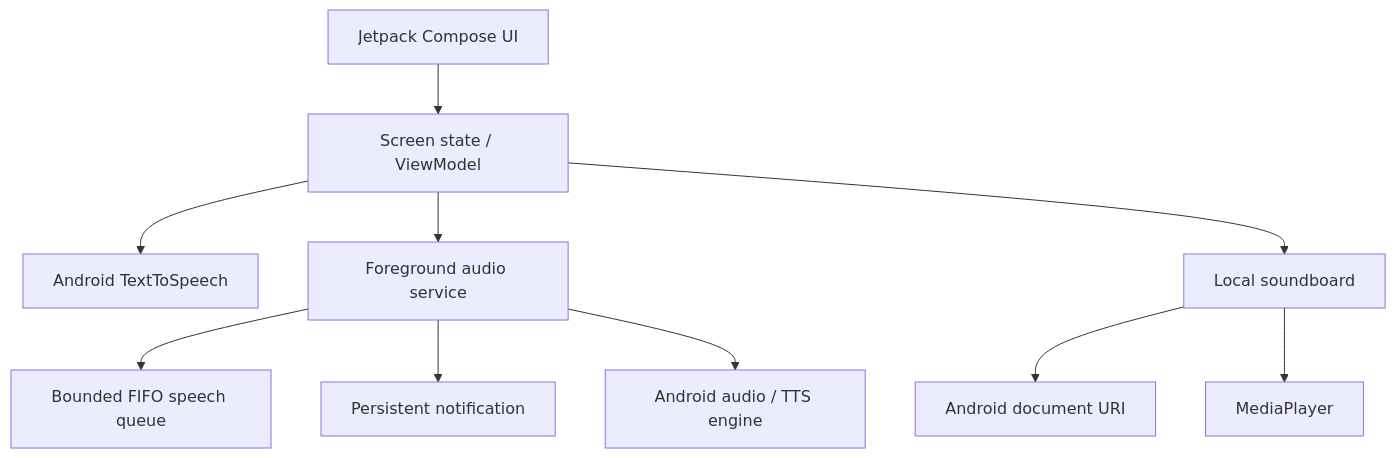
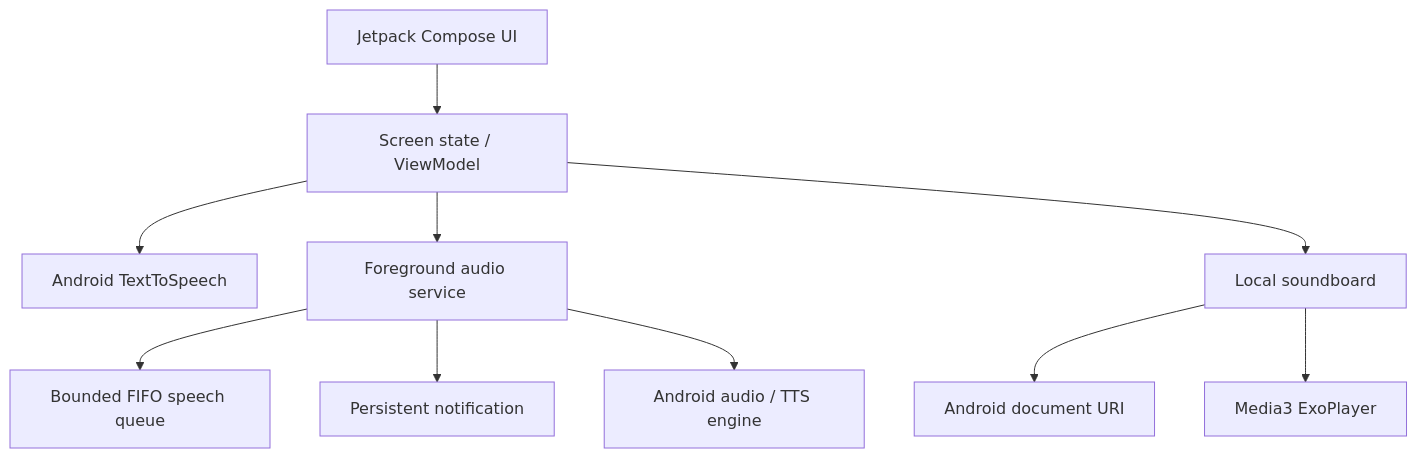
Before and after one commit to adebojel/LiveCreatorStudio: the diagram in README.md, drawn with Mermaid. The commit also changed other lines of this file and 5 other files, not shown here.

````diff
--- a/README.md
+++ b/README.md
@@ -37,12 +37,12 @@
 ```mermaid
 flowchart TD
   UI["Jetpack Compose UI"] --> VM["Screen state / ViewModel"]
   VM --> TTS["Android TextToSpeech"]
   VM --> SVC["Foreground audio service"]
   VM --> SB["Local soundboard"]
   SVC --> Q["Bounded FIFO speech queue"]
   SVC --> NOTIF["Persistent notification"]
   SB --> DOC["Android document URI"]
-  SB --> PLAYER["MediaPlayer"]
+  SB --> PLAYER["Media3 ExoPlayer"]
   SVC --> ANDROID["Android audio / TTS engine"]
 ```
````
